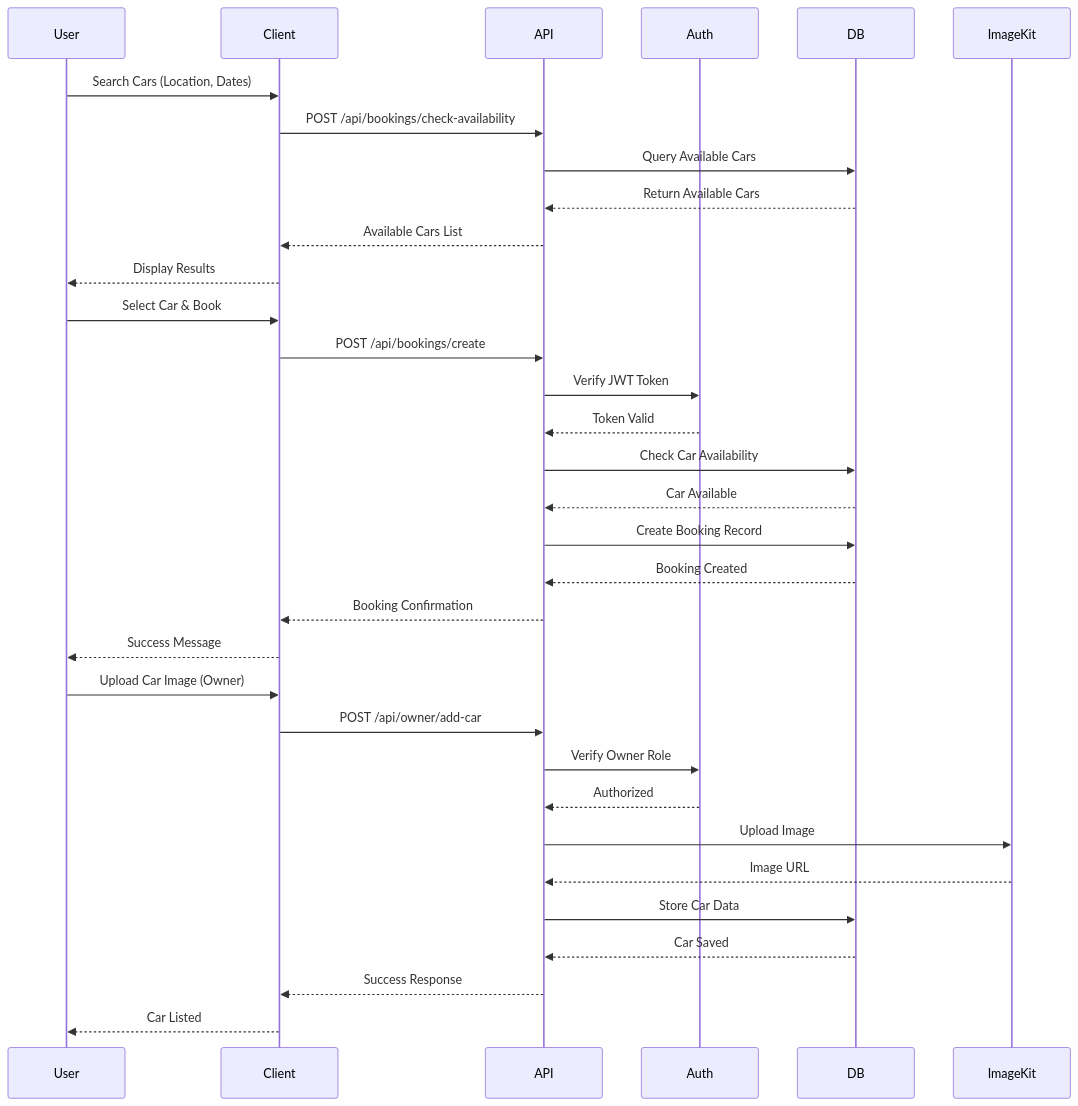
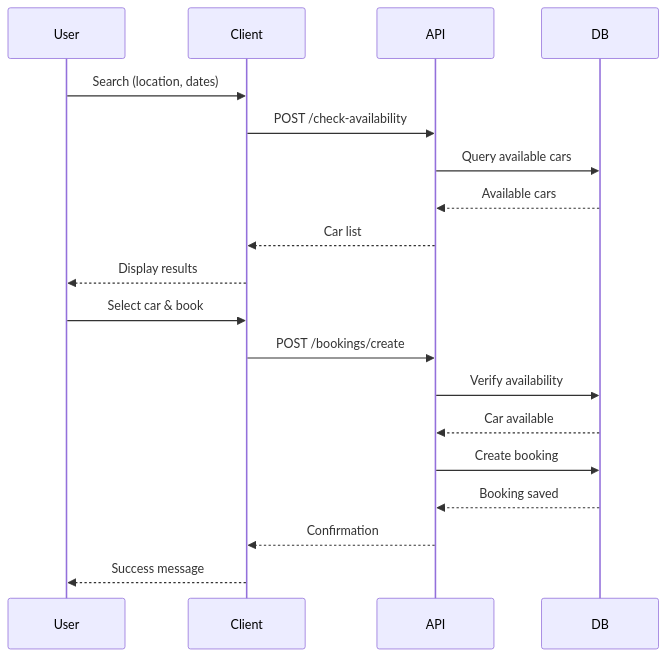
Before and after one commit to VIKRAMANR7/SmartWheelz: the second of 3 diagrams in README.md, drawn with Mermaid. The commit also changed other lines of this file and 46 other files, not shown here.

````diff
--- a/README.md
+++ b/README.md
@@ -121,38 +59,23 @@
 ```mermaid
 sequenceDiagram
     participant User
     participant Client
     participant API
-    participant Auth
     participant DB
-    participant ImageKit
 
-    User->>Client: Search Cars (Location, Dates)
-    Client->>API: POST /api/bookings/check-availability
-    API->>DB: Query Available Cars
-    DB-->>API: Return Available Cars
-    API-->>Client: Available Cars List
-    Client-->>User: Display Results
+    User->>Client: Search (location, dates)
+    Client->>API: POST /check-availability
+    API->>DB: Query available cars
+    DB-->>API: Available cars
+    API-->>Client: Car list
+    Client-->>User: Display results
 
-    User->>Client: Select Car & Book
-    Client->>API: POST /api/bookings/create
-    API->>Auth: Verify JWT Token
-    Auth-->>API: Token Valid
-    API->>DB: Check Car Availability
-    DB-->>API: Car Available
-    API->>DB: Create Booking Record
-    DB-->>API: Booking Created
-    API-->>Client: Booking Confirmation
-    Client-->>User: Success Message
-
-    User->>Client: Upload Car Image (Owner)
-    Client->>API: POST /api/owner/add-car
-    API->>Auth: Verify Owner Role
-    Auth-->>API: Authorized
-    API->>ImageKit: Upload Image
-    ImageKit-->>API: Image URL
-    API->>DB: Store Car Data
-    DB-->>API: Car Saved
-    API-->>Client: Success Response
-    Client-->>User: Car Listed
+    User->>Client: Select car & book
+    Client->>API: POST /bookings/create
+    API->>DB: Verify availability
+    DB-->>API: Car available
+    API->>DB: Create booking
+    DB-->>API: Booking saved
+    API-->>Client: Confirmation
+    Client-->>User: Success message
 ```
````
